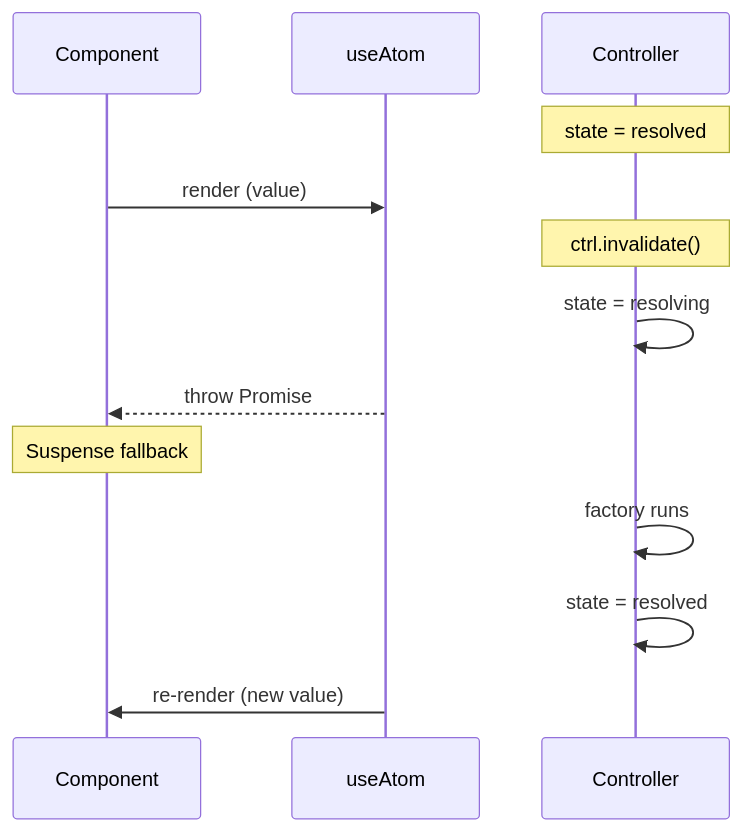
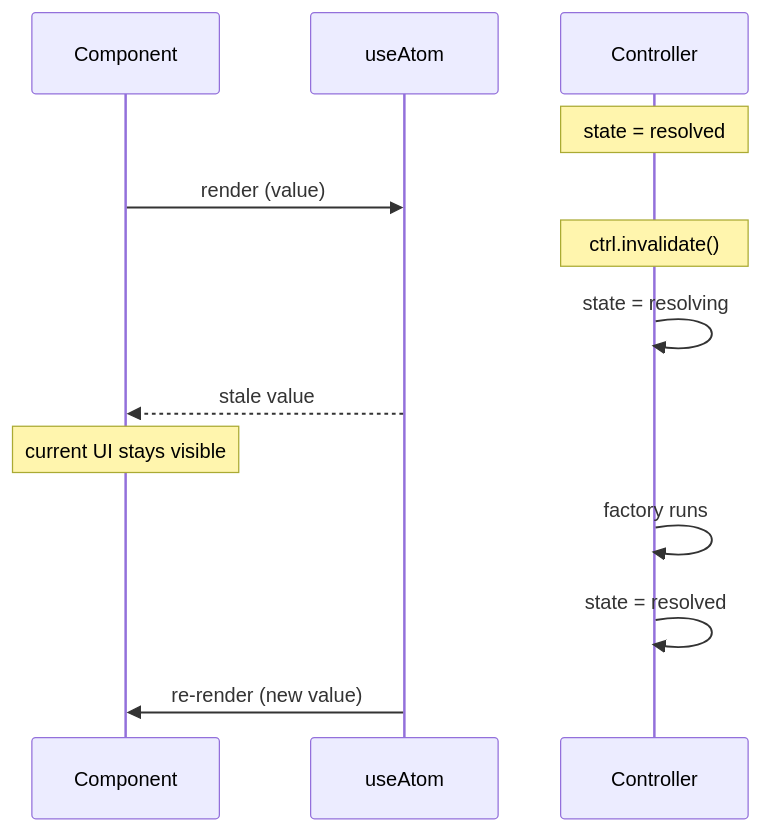
The third of 3 diagrams in packages/lite-react/README.md (pumped-fn/pumped-fn), drawn with Mermaid before and after one commit. The commit also changed other lines of this file and 17 other files, not shown here.

````diff
--- a/packages/lite-react/README.md
+++ b/packages/lite-react/README.md
@@ -166,18 +175,18 @@
 ```mermaid
 sequenceDiagram
     participant Component
     participant useAtom
     participant Controller
 
     Note over Controller: state = resolved
     Component->>useAtom: render (value)
 
     Note over Controller: ctrl.invalidate()
     Controller->>Controller: state = resolving
-    useAtom-->>Component: throw Promise
-    Note over Component: Suspense fallback
+    useAtom-->>Component: stale value
+    Note over Component: current UI stays visible
 
     Controller->>Controller: factory runs
     Controller->>Controller: state = resolved
     useAtom->>Component: re-render (new value)
 ```
````
